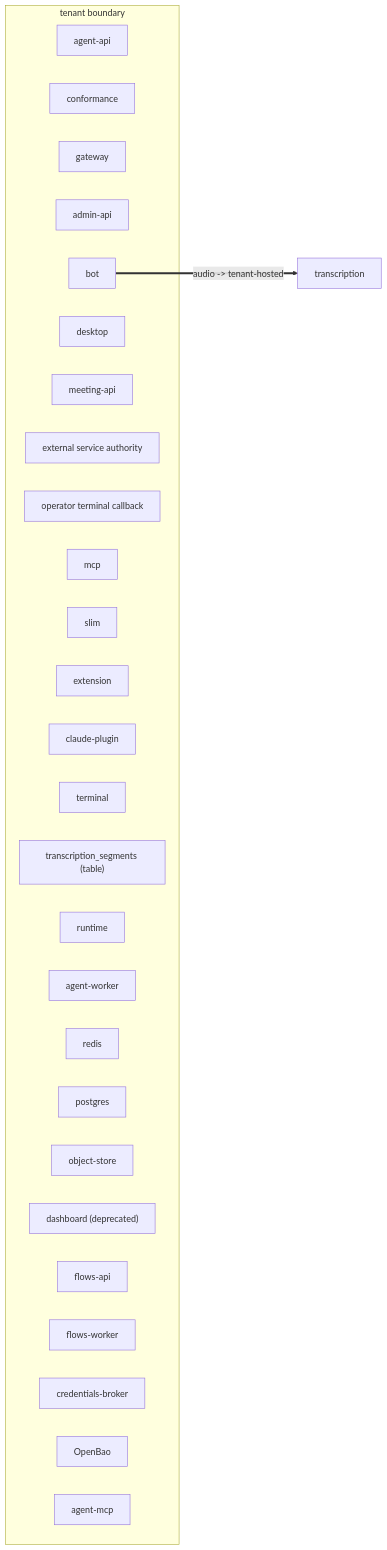
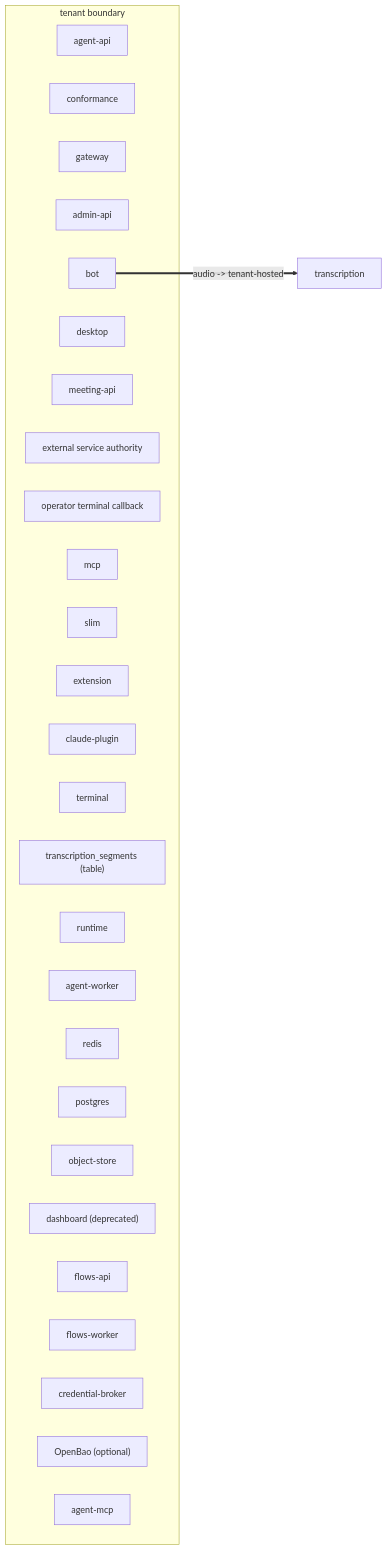
Before and after one commit to Vexa-ai/vexa: the diagram in docs/views/egress.mmd, drawn with Mermaid. The commit also changed 5 other files, not shown here.

First line of the commit message:
chart: the credential broker is an agent-domain product service

```diff
--- a/docs/views/egress.mmd
+++ b/docs/views/egress.mmd
@@ -1,32 +1,32 @@
 %% GENERATED — pnpm arch:dsl --write
 flowchart LR
   subgraph tenant["tenant boundary"]
     agent_api["agent-api"]
     conformance["conformance"]
     gateway["gateway"]
     admin_api["admin-api"]
     bot["bot"]
     desktop["desktop"]
     meeting_api["meeting-api"]
     service_authority["external service authority"]
     system_webhook["operator terminal callback"]
     mcp["mcp"]
     slim["slim"]
     extension["extension"]
     claude_plugin["claude-plugin"]
     terminal["terminal"]
     segments_table["transcription_segments (table)"]
     runtime["runtime"]
     agent_worker["agent-worker"]
     redis["redis"]
     postgres["postgres"]
     object_store["object-store"]
     dashboard["dashboard (deprecated)"]
     flows_api["flows-api"]
     flows_worker["flows-worker"]
-    credentials_broker["credentials-broker"]
-    credentials_vault["OpenBao"]
+    credentials_broker["credential-broker"]
+    credentials_vault["OpenBao (optional)"]
     agent_mcp["agent-mcp"]
   end
   transcription["transcription"]
   bot ==>|"audio -> tenant-hosted"| transcription
```
